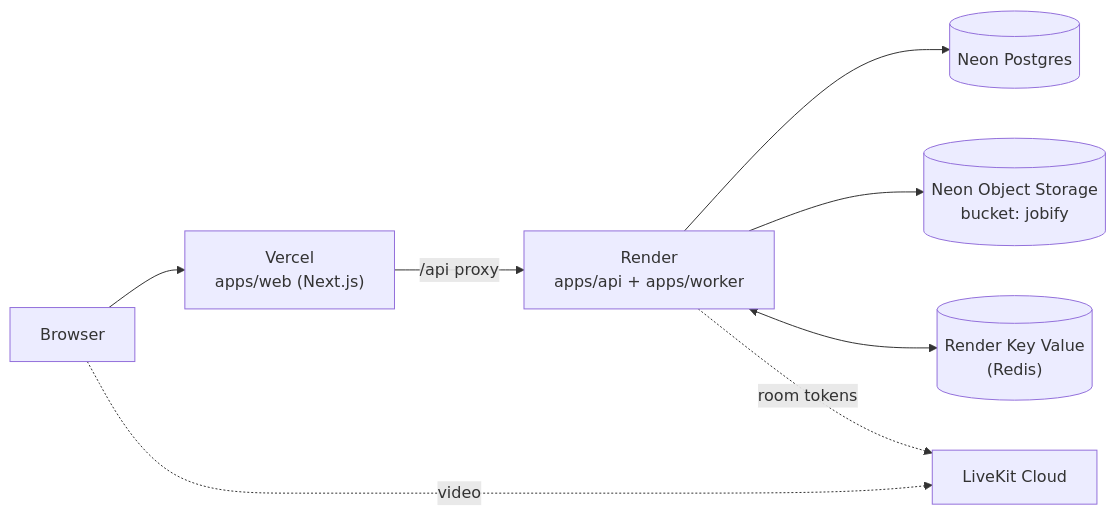
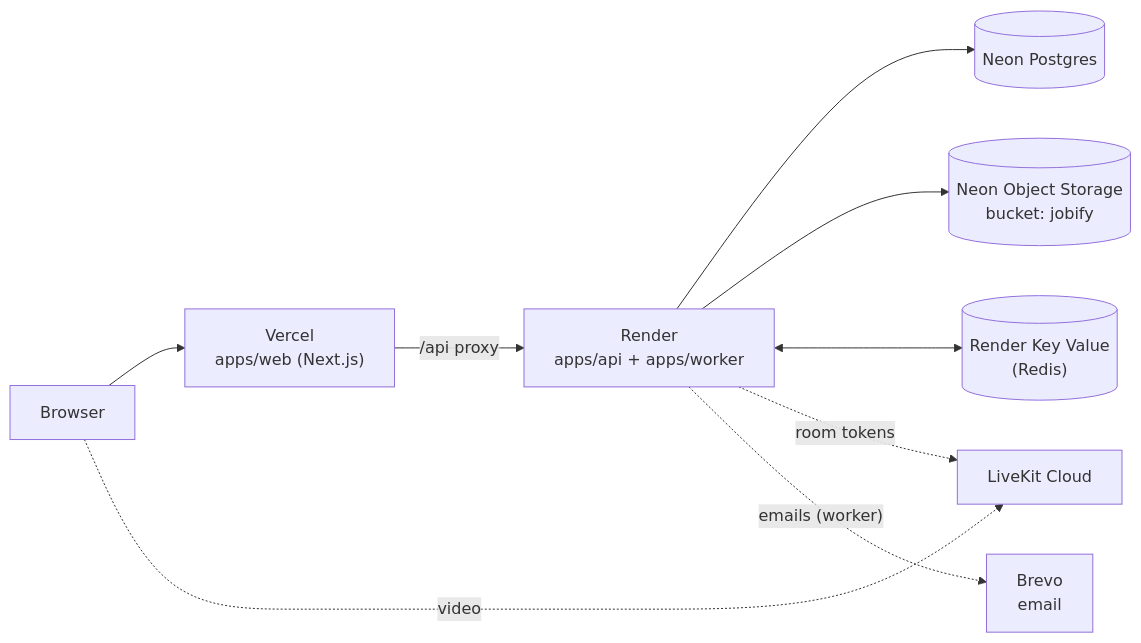
One commit to 4K45H107/JOBIFY changed the first of 2 diagrams in docs/DEPLOYMENT.md. Above: the diagram before and after it, drawn with Mermaid. The commit also changed other lines of this file and 11 other files, not shown here.

````diff
--- a/docs/DEPLOYMENT.md
+++ b/docs/DEPLOYMENT.md
@@ -13,10 +13,11 @@
 ```mermaid
 flowchart LR
     Browser["Browser"] --> Vercel["Vercel<br/>apps/web (Next.js)"]
     Vercel -- "/api proxy" --> Render["Render<br/>apps/api + apps/worker"]
     Render --> NeonPG[("Neon Postgres")]
     Render --> NeonS3[("Neon Object Storage<br/>bucket: jobify")]
     Render <--> Redis[("Render Key Value<br/>(Redis)")]
     Browser -. "video" .-> LiveKit["LiveKit Cloud"]
     Render -. "room tokens" .-> LiveKit
+    Render -. "emails (worker)" .-> Brevo["Brevo<br/>email"]
 ```
````
